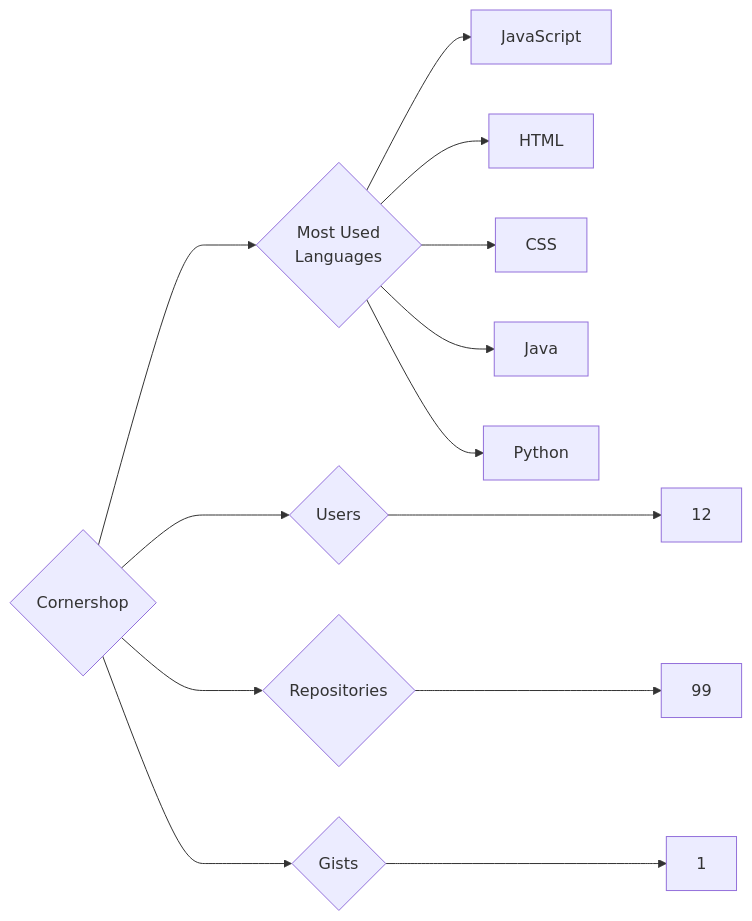
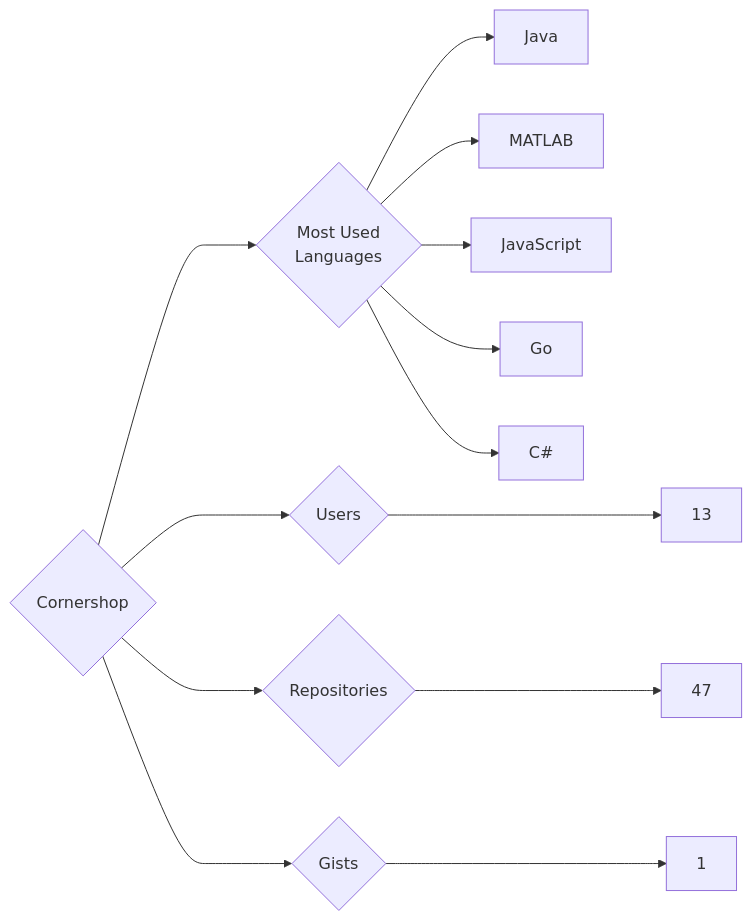
The diagram in targets/Cornershop/README.md (trickest/insiders), drawn with Mermaid before and after one commit. The commit also changed 1212 other files, not shown here.

````diff
--- a/targets/Cornershop/README.md
+++ b/targets/Cornershop/README.md
@@ -3,13 +3,13 @@
 ```mermaid
 graph LR
 COMPANY_NAME{Cornershop}
-COMPANY_NAME ---> U{Users} ---> UN[12]
-COMPANY_NAME ---> R{Repositories} ---> RN[99]
+COMPANY_NAME ---> U{Users} ---> UN[13]
+COMPANY_NAME ---> R{Repositories} ---> RN[47]
 COMPANY_NAME ---> G{Gists} ---> GN[1]
 COMPANY_NAME ---> ML{Most Used<br>Languages}
+ML --> Java[Java]
+ML --> MATLAB[MATLAB]
 ML --> JavaScript[JavaScript]
-ML --> HTML[HTML]
-ML --> CSS[CSS]
-ML --> Java[Java]
-ML --> Python[Python]
+ML --> Go[Go]
+ML --> C#[C#]
 ```
````
